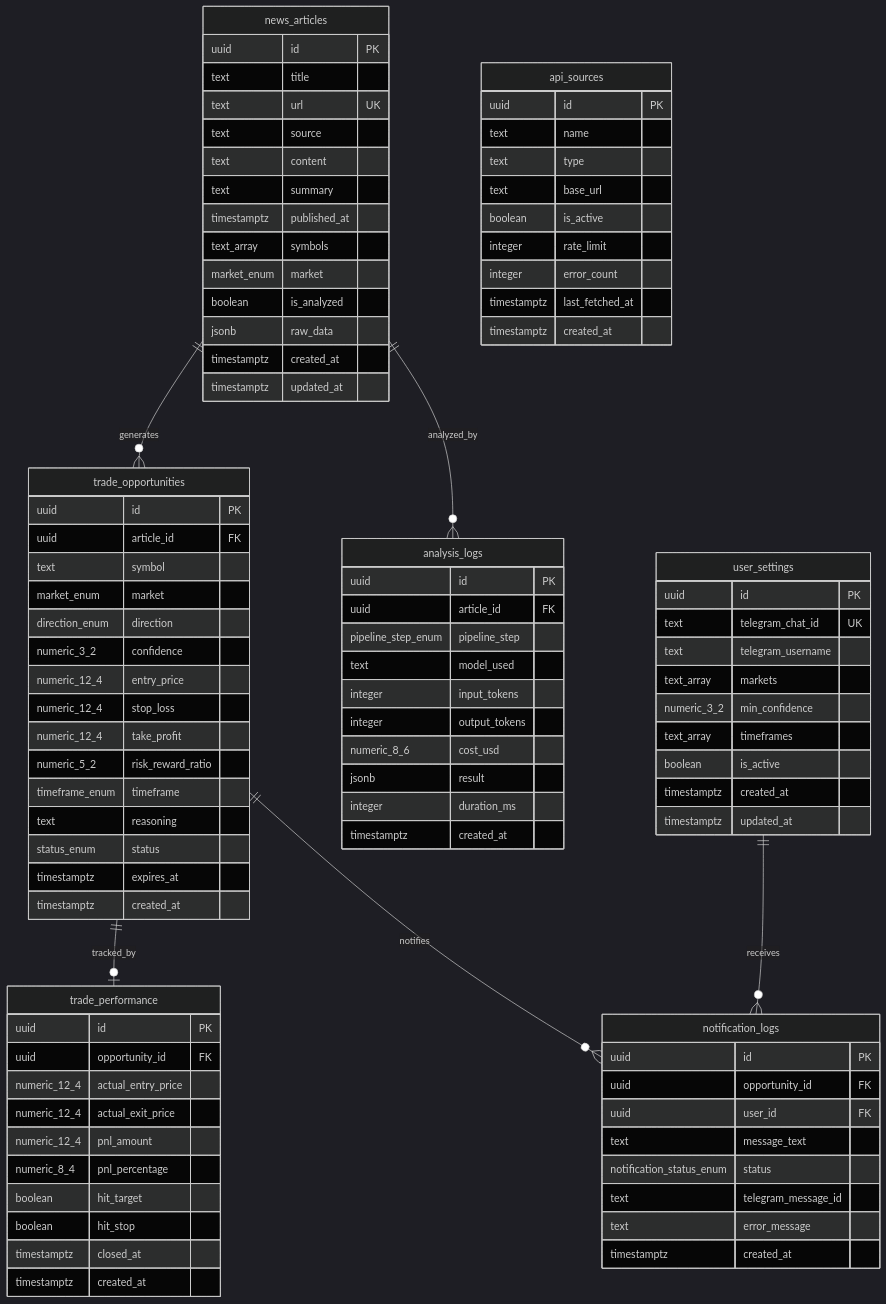
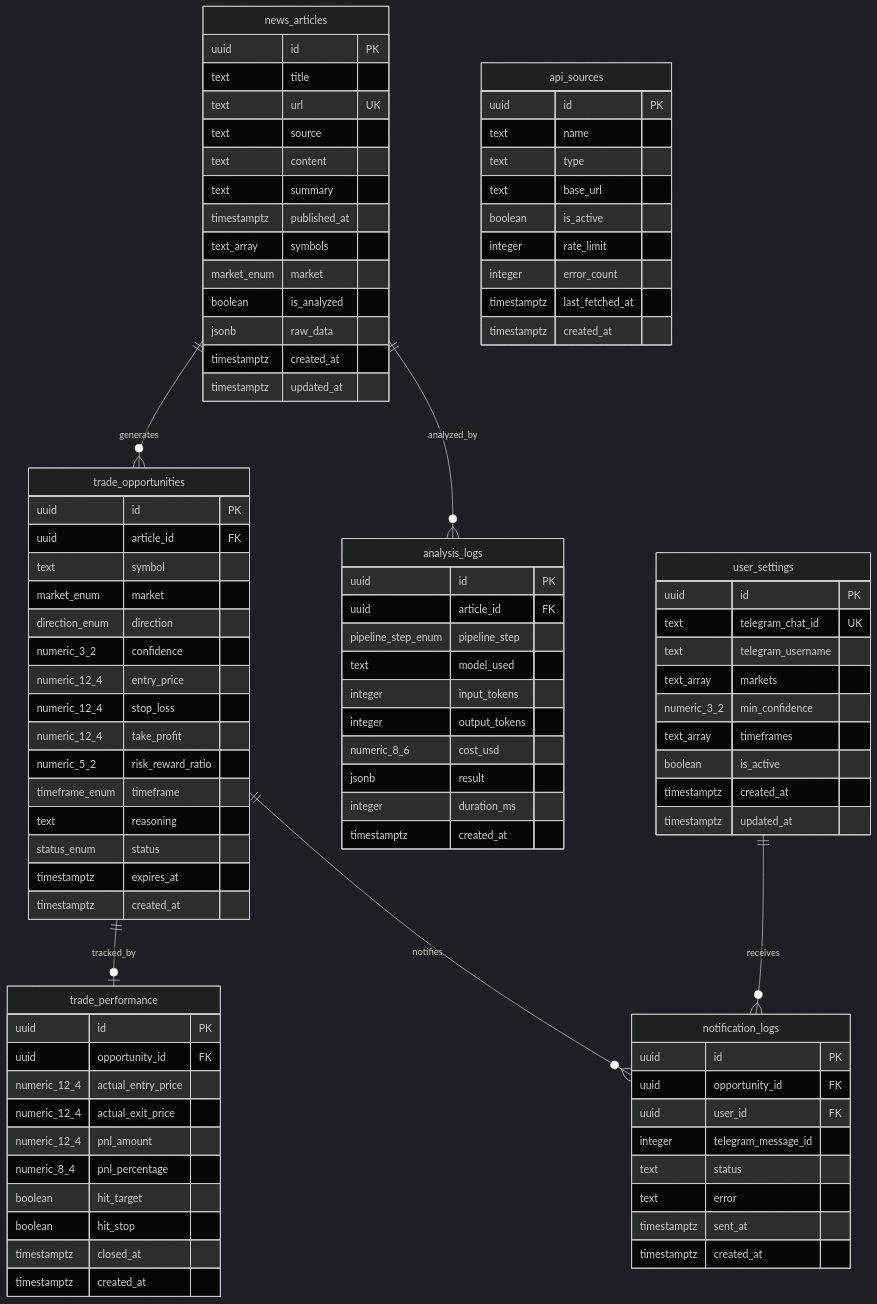
Before and after one commit to prasad-blitzy/quick-repo-6: the second of 3 diagrams in docs/specification.md, drawn with Mermaid (dark theme). The commit also changed other lines of this file and 3 other files, not shown here.

````diff
--- a/docs/specification.md
+++ b/docs/specification.md
@@ -557,10 +557,10 @@
         uuid id PK
         uuid opportunity_id FK
         uuid user_id FK
-        text message_text
-        notification_status_enum status
-        text telegram_message_id
-        text error_message
+        integer telegram_message_id
+        text status
+        text error
+        timestamptz sent_at
         timestamptz created_at
     }
 ```
````
